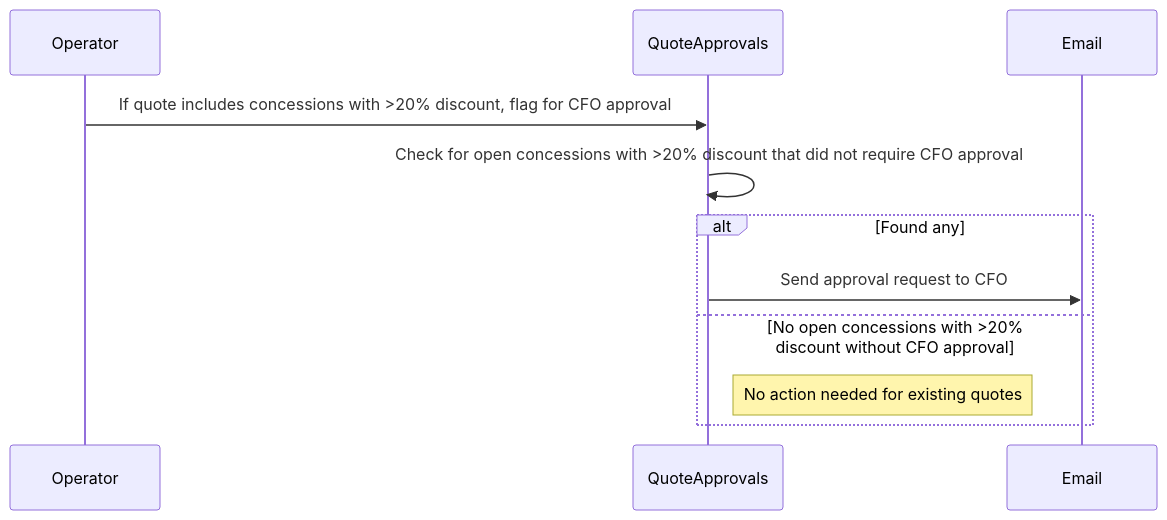
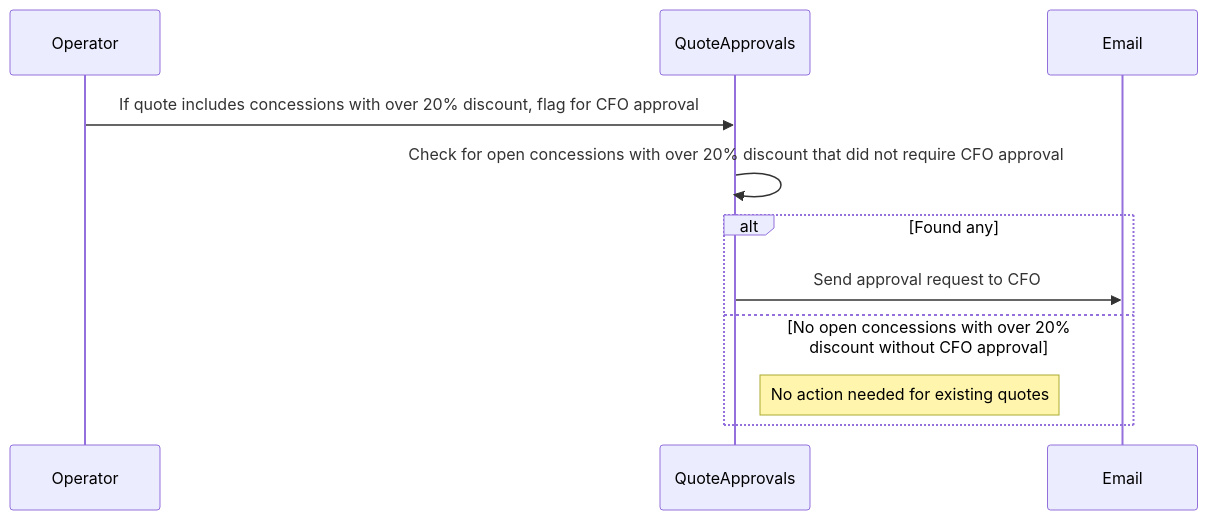
One commit to asafam/programmable-online-llm-objects changed the tenth of 16 diagrams in examples/deal-desk-manage-hubspot-quote-approvals-slack.md. Above: the diagram before and after it, drawn with Mermaid. The commit also changed other lines of this file and 3 other files, not shown here.

First line of the commit message:
examples: add stateful (value-dependent) scenarios for 3 Zapier flows

````diff
--- a/examples/deal-desk-manage-hubspot-quote-approvals-slack.md
+++ b/examples/deal-desk-manage-hubspot-quote-approvals-slack.md
@@ -239,14 +288,14 @@
 ```mermaid
 sequenceDiagram
   participant Operator
   participant QuoteApprovals
   participant Email
 
-  Operator->>QuoteApprovals: If quote includes concessions with >20% discount, flag for CFO approval
-  QuoteApprovals->>QuoteApprovals: Check for open concessions with >20% discount that did not require CFO approval
+  Operator->>QuoteApprovals: If quote includes concessions with over 20% discount, flag for CFO approval
+  QuoteApprovals->>QuoteApprovals: Check for open concessions with over 20% discount that did not require CFO approval
   alt Found any
     QuoteApprovals->>Email: Send approval request to CFO
-  else No open concessions with >20% discount without CFO approval
+  else No open concessions with over 20% discount without CFO approval
     Note right of QuoteApprovals: No action needed for existing quotes
   end
 ```
````
